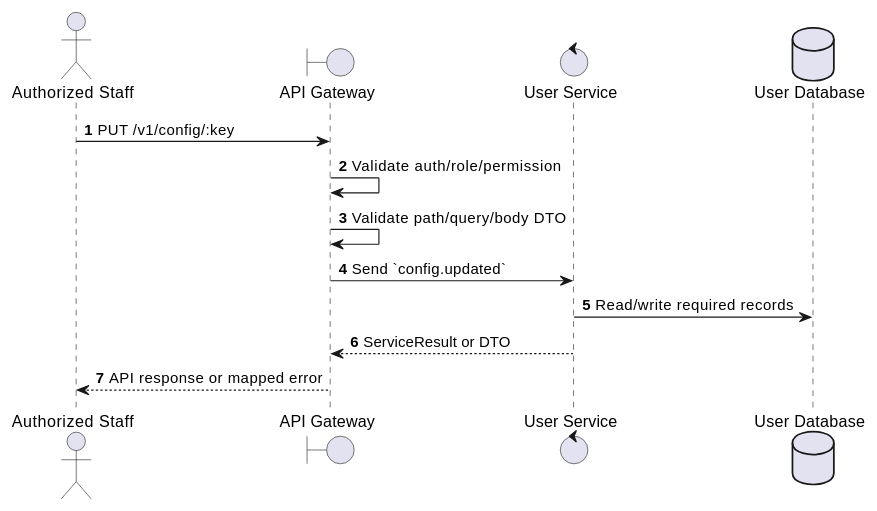
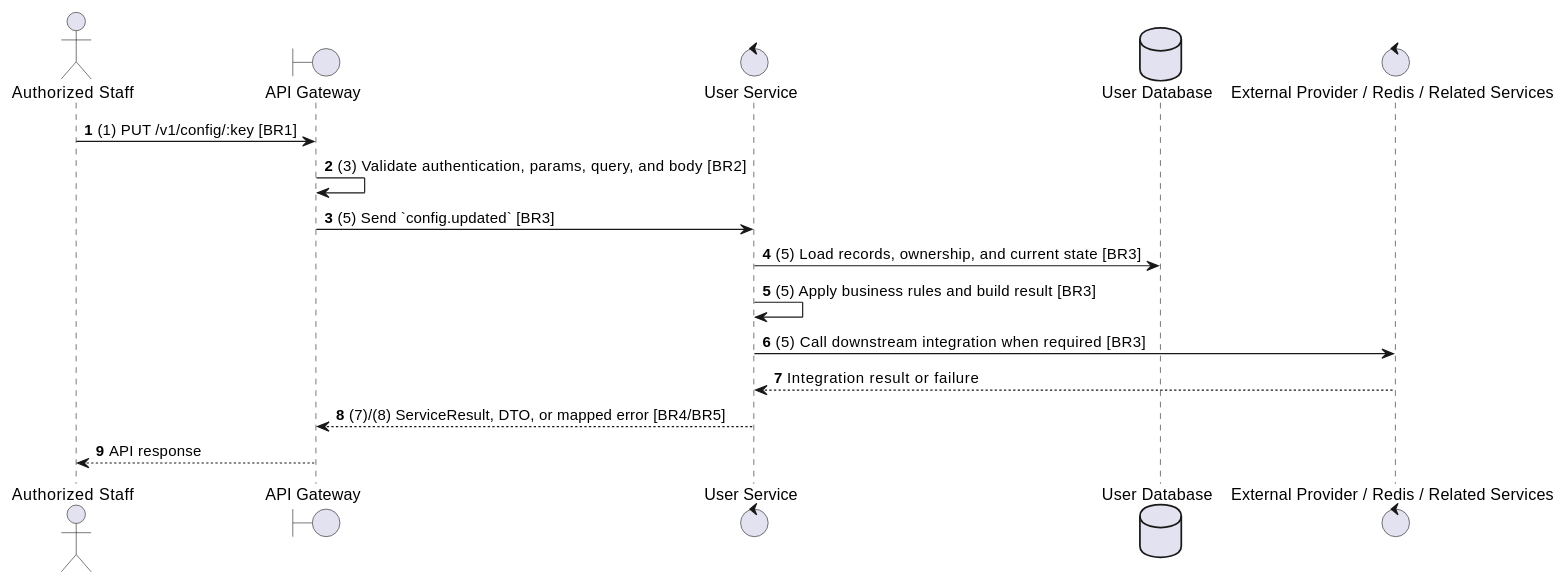
One commit to Tanh1603/movie-hub-architecture changed the second of 2 diagrams in docs/functional_specs/3.12_System_Configuration_Module/CF-02_Update_Setting.md. Above: the diagram before and after it, drawn with PlantUML. The commit also changed other lines of this file and 129 other files, not shown here.

````diff
--- a/docs/functional_specs/3.12_System_Configuration_Module/CF-02_Update_Setting.md
+++ b/docs/functional_specs/3.12_System_Configuration_Module/CF-02_Update_Setting.md
@@ -17,17 +64,20 @@
 ```plantuml
 @startuml
 autonumber
 actor "Authorized Staff" as Actor
 boundary "API Gateway" as GW
 control "User Service" as SVC
 database "User Database" as DB
+control "External Provider / Redis / Related Services" as EXT
 
-Actor -> GW: PUT /v1/config/:key
-GW -> GW: Validate auth/role/permission
-GW -> GW: Validate path/query/body DTO
-GW -> SVC: Send `config.updated`
-SVC -> DB: Read/write required records
-SVC --> GW: ServiceResult or DTO
-GW --> Actor: API response or mapped error
+Actor -> GW: (1) PUT /v1/config/:key [BR1]
+GW -> GW: (3) Validate authentication, params, query, and body [BR2]
+GW -> SVC: (5) Send `config.updated` [BR3]
+SVC -> DB: (5) Load records, ownership, and current state [BR3]
+SVC -> SVC: (5) Apply business rules and build result [BR3]
+SVC -> EXT: (5) Call downstream integration when required [BR3]
+EXT --> SVC: Integration result or failure
+SVC --> GW: (7)/(8) ServiceResult, DTO, or mapped error [BR4/BR5]
+GW --> Actor: API response
 @enduml
 ```
````
